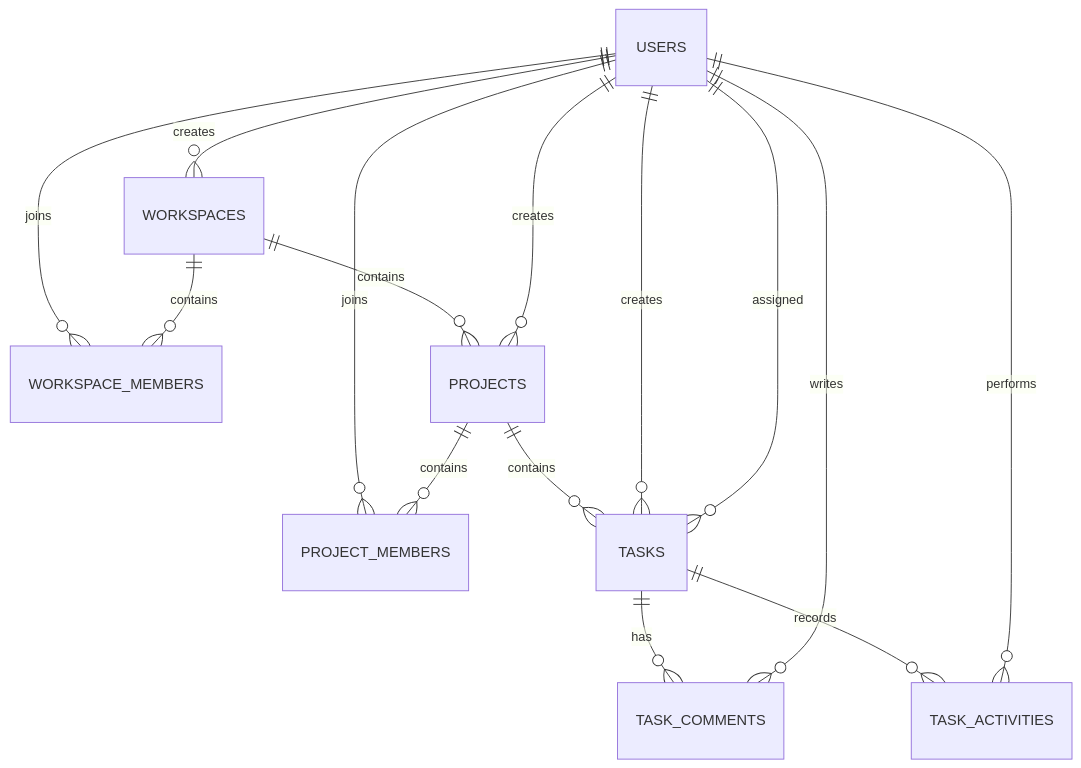
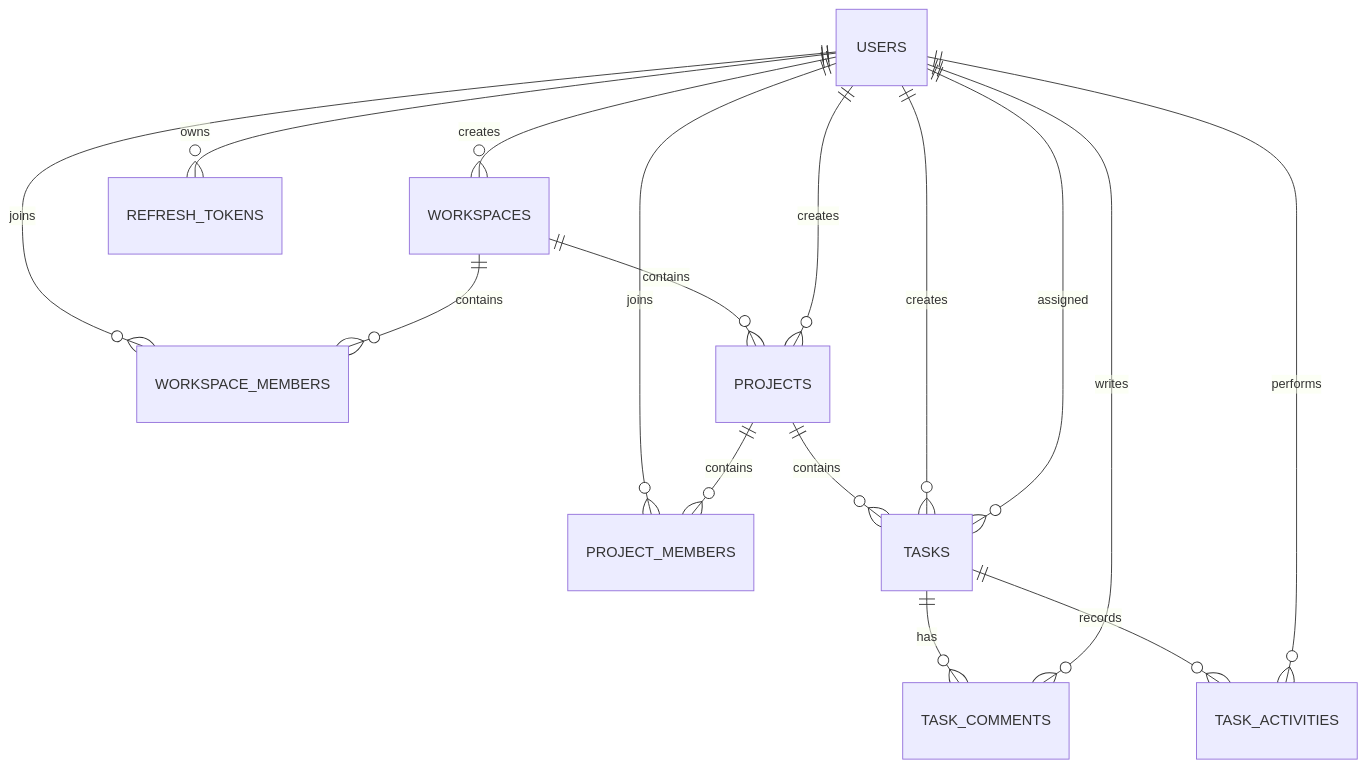
One commit to masrafly/truss-project changed the diagram in docs/DATABASE.md. Above: the diagram before and after it, drawn with Mermaid. The commit also changed other lines of this file and 26 other files, not shown here.

````diff
--- a/docs/DATABASE.md
+++ b/docs/DATABASE.md
@@ -126,17 +139,18 @@
 ```mermaid
 erDiagram
     USERS ||--o{ WORKSPACES : creates
     USERS ||--o{ WORKSPACE_MEMBERS : joins
     WORKSPACES ||--o{ WORKSPACE_MEMBERS : contains
     WORKSPACES ||--o{ PROJECTS : contains
     USERS ||--o{ PROJECTS : creates
     USERS ||--o{ PROJECT_MEMBERS : joins
     PROJECTS ||--o{ PROJECT_MEMBERS : contains
     PROJECTS ||--o{ TASKS : contains
     USERS ||--o{ TASKS : creates
     USERS ||--o{ TASKS : assigned
     TASKS ||--o{ TASK_COMMENTS : has
     USERS ||--o{ TASK_COMMENTS : writes
     TASKS ||--o{ TASK_ACTIVITIES : records
     USERS ||--o{ TASK_ACTIVITIES : performs
+    USERS ||--o{ REFRESH_TOKENS : owns
 ```
````
